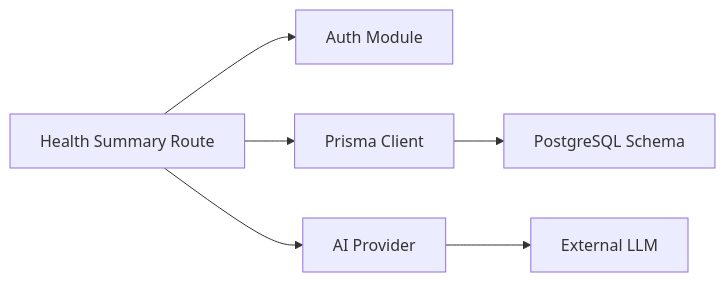
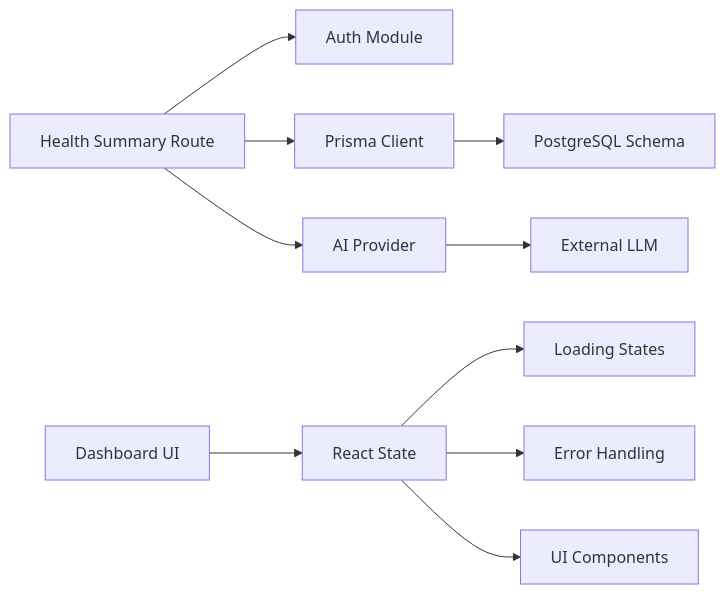
The third of 3 diagrams in .qoder/repowiki/en/content/API Reference/Pet Management API/Pet Health Summary API.md (Javeria-Javaid/ai-powered-pet-healthcare-ecosystem), drawn with Mermaid before and after one commit. The commit also changed other lines of this file and 53 other files, not shown here.

````diff
--- a/.qoder/repowiki/en/content/API Reference/Pet Management API/Pet Health Summary API.md
+++ b/.qoder/repowiki/en/content/API Reference/Pet Management API/Pet Health Summary API.md
@@ -204,8 +286,12 @@
 ```mermaid
 graph LR
 HS["Health Summary Route"] --> AUTH["Auth Module"]
 HS --> PRISMA["Prisma Client"]
 HS --> AI["AI Provider"]
 PRISMA --> SCHEMA["PostgreSQL Schema"]
 AI --> LLM["External LLM"]
+UI["Dashboard UI"] --> STATE["React State"]
+STATE --> LOADING["Loading States"]
+STATE --> ERROR["Error Handling"]
+STATE --> DISPLAY["UI Components"]
 ```
````
